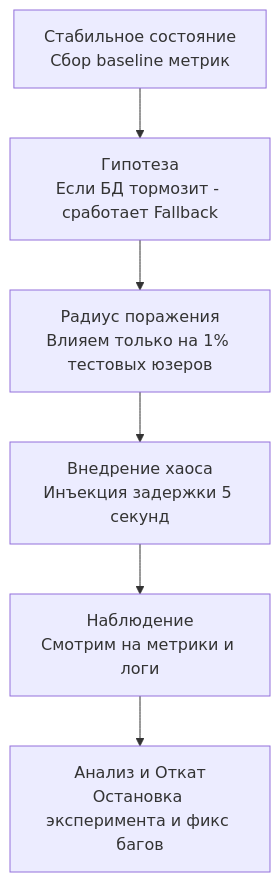
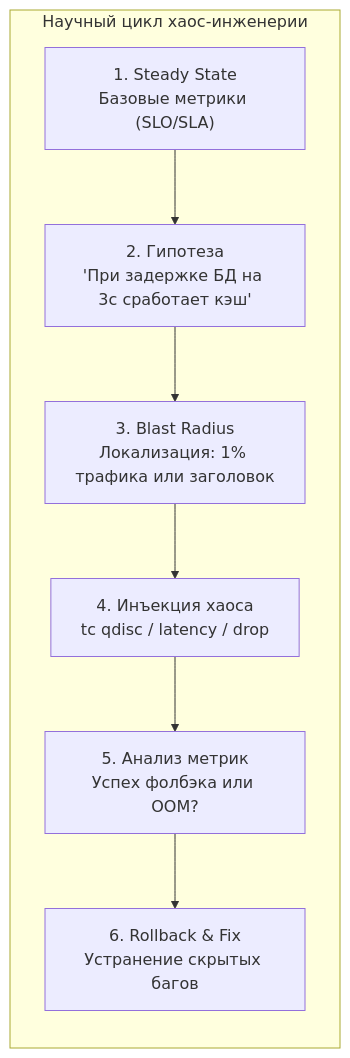
One commit to UnrealTemplier/go-textbook changed the first of 2 diagrams in sources/14. Распределенные системы на Go/05. Надежность/8. Chaos engineering.md. Above: the diagram before and after it, drawn with Mermaid. The commit also changed other lines of this file, not shown here.

````diff
--- a/sources/14. Распределенные системы на Go/05. Надежность/8. Chaos engineering.md
+++ b/sources/14. Распределенные системы на Go/05. Надежность/8. Chaos engineering.md
@@ -19,8 +13,10 @@
 ```mermaid
-flowchart TD
-    A["Стабильное состояние<br>Сбор baseline метрик"] --> B["Гипотеза<br>Если БД тормозит - сработает Fallback"]
-    B --> C["Радиус поражения<br>Влияем только на 1% тестовых юзеров"]
-    C --> D["Внедрение хаоса<br>Инъекция задержки 5 секунд"]
-    D --> E["Наблюдение<br>Смотрим на метрики и логи"]
-    E --> F["Анализ и Откат<br>Остановка эксперимента и фикс багов"]
+flowchart LR
+    subgraph Method["Научный цикл хаос-инженерии"]
+        A["1. Steady State<br/>Базовые метрики (SLO/SLA)"] --> B["2. Гипотеза<br/>'При задержке БД на 3с сработает кэш'"]
+        B --> C["3. Blast Radius<br/>Локализация: 1% трафика или заголовок"]
+        C --> D["4. Инъекция хаоса<br/>tc qdisc / latency / drop"]
+        D --> E["5. Анализ метрик<br/>Успех фолбэка или OOM?"]
+        E --> F["6. Rollback & Fix<br/>Устранение скрытых багов"]
+    end
 ```
````
